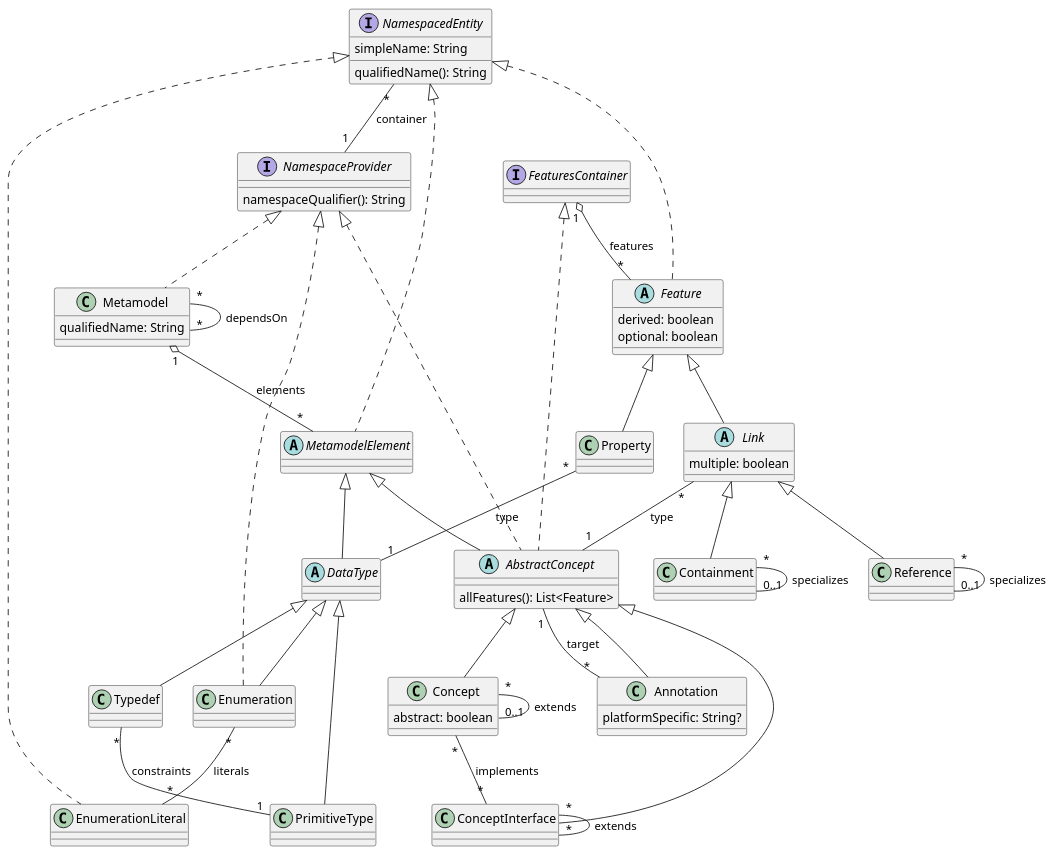
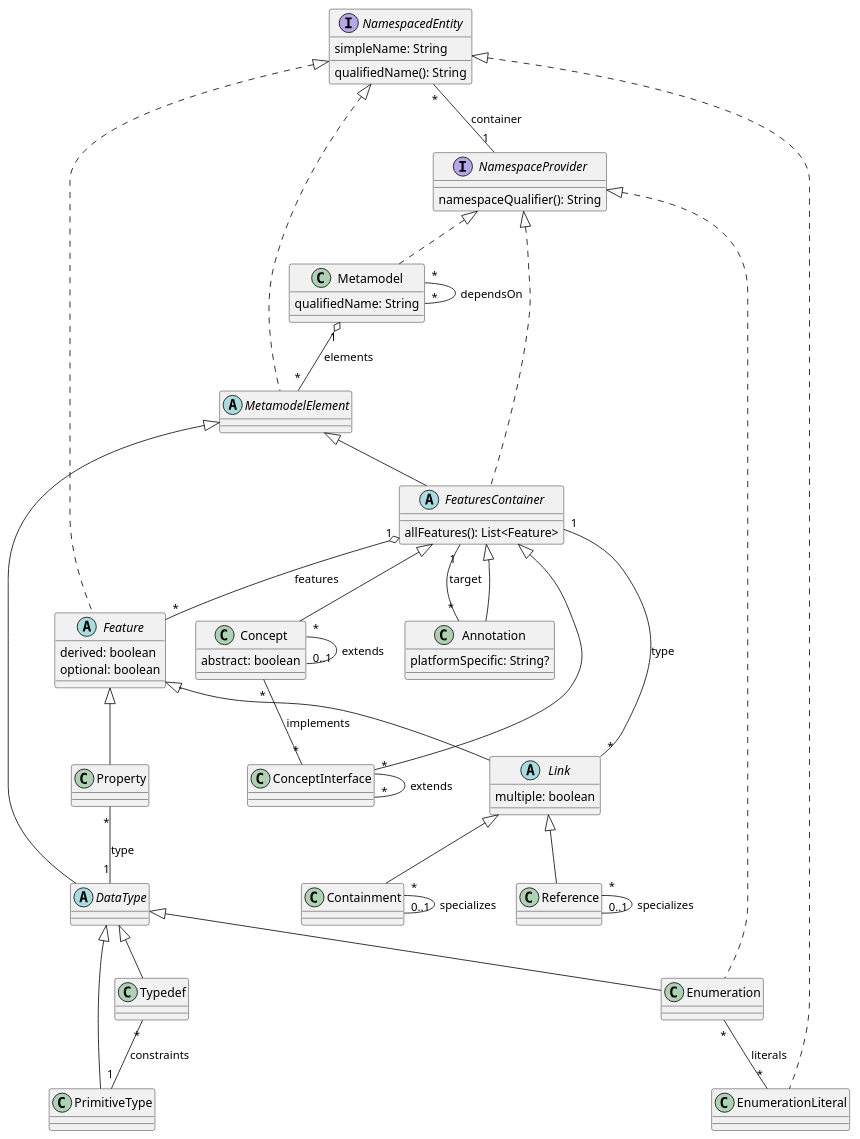
The diagram in lioncore/metametamodel.puml (LionWeb-io/specification), drawn with PlantUML before and after one commit.

Commit message:
removed interface FeaturesContainer and renamed AbstractConcept -> FeaturesContainer in M3 diagram

```diff
--- a/lioncore/metametamodel.puml
+++ b/lioncore/metametamodel.puml
@@ -1,91 +1,89 @@
 @startuml
 
 
-abstract class AbstractConcept extends MetamodelElement implements FeaturesContainer, NamespaceProvider {
+abstract class FeaturesContainer extends MetamodelElement implements NamespaceProvider {
   allFeatures(): List<Feature>
 }
 
-class Annotation extends AbstractConcept {
+class Annotation extends FeaturesContainer {
   platformSpecific: String?
 }
 
-class Concept extends AbstractConcept {
+class Concept extends FeaturesContainer {
   abstract: boolean
 }
 
-class ConceptInterface extends AbstractConcept
+class ConceptInterface extends FeaturesContainer
 
 class Containment extends Link
 
 abstract class DataType extends MetamodelElement
 
 abstract class Feature implements NamespacedEntity {
   derived: boolean
   optional: boolean
 }
-
-interface FeaturesContainer
 
 abstract class Link extends Feature {
   multiple: boolean
 }
 
 class Metamodel implements NamespaceProvider {
   qualifiedName: String
 }
 
 abstract class MetamodelElement implements NamespacedEntity
 
 interface NamespaceProvider {
   namespaceQualifier(): String
 }
 
 interface NamespacedEntity {
   simpleName: String
   qualifiedName(): String
 }
 
 class PrimitiveType extends DataType
 
 class Property extends Feature
 
 class Reference extends Link
 
 class Enumeration extends DataType implements NamespaceProvider
 
 class EnumerationLiteral implements NamespacedEntity
 
 class Typedef extends DataType
 
 
 ' relations:
 
-Annotation "*" -- "1" AbstractConcept: target
+Annotation "*" -- "1" FeaturesContainer: target
 
 Concept "*" -- "0..1" Concept: extends
 Concept "*" -- "*" ConceptInterface: implements
 
 ConceptInterface "*" -- "*" ConceptInterface: extends
 
 Containment "*" -- "0..1" Containment: specializes
 
 FeaturesContainer "1" o-- "*" Feature: features
 
-Link "*" -- "1" AbstractConcept: type
+Link "*" -- "1" FeaturesContainer: type
 
 Metamodel "1" o-- "*" MetamodelElement: elements
 Metamodel "*" -- "*" Metamodel: dependsOn
 
 NamespacedEntity "*" -- "1" NamespaceProvider: container
 
 Property "*" -- "1" DataType: type
 
 Reference "*" -- "0..1" Reference: specializes
 
 Enumeration "*" -- "*" EnumerationLiteral: literals
 
 Typedef "*" -- "1" PrimitiveType: constraints
 
 
 
 @enduml
```
